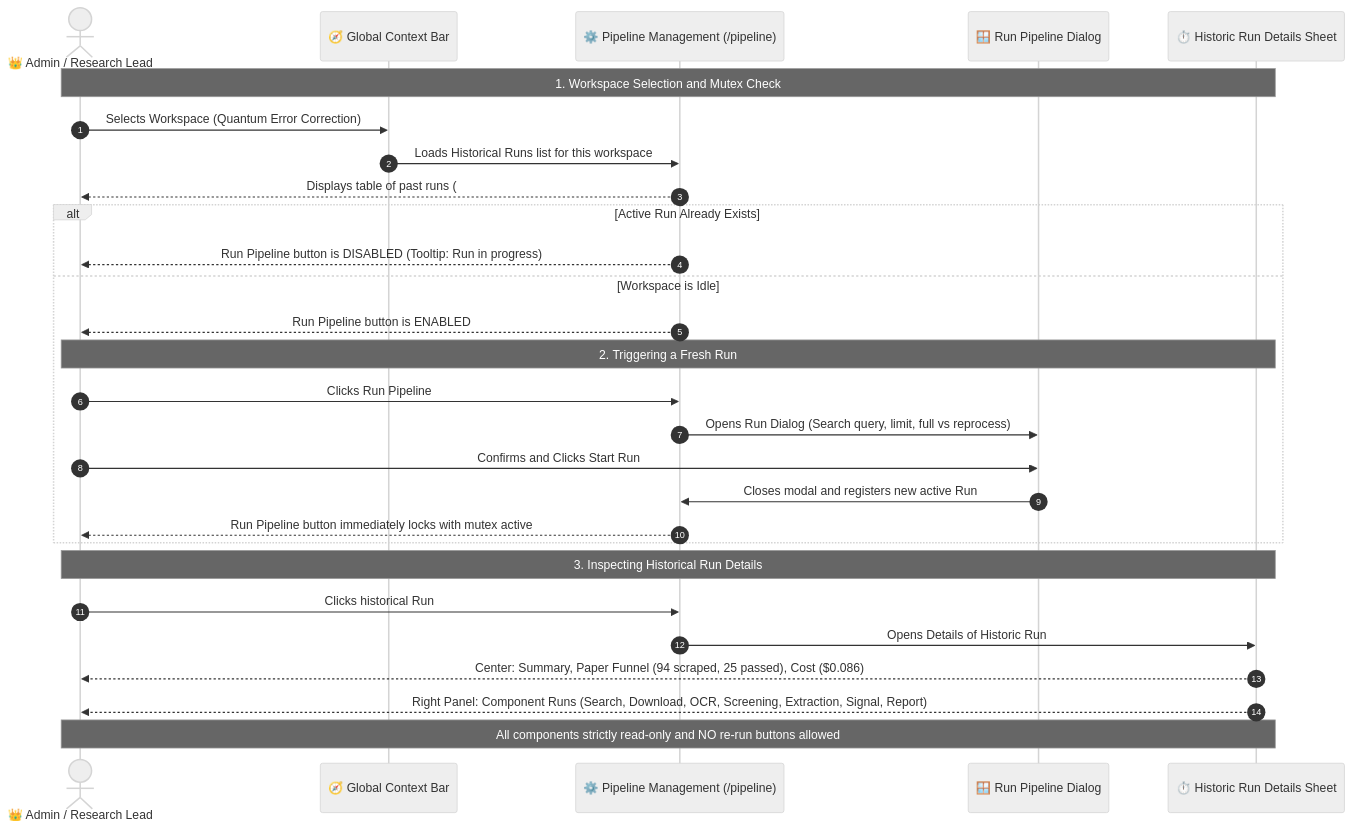
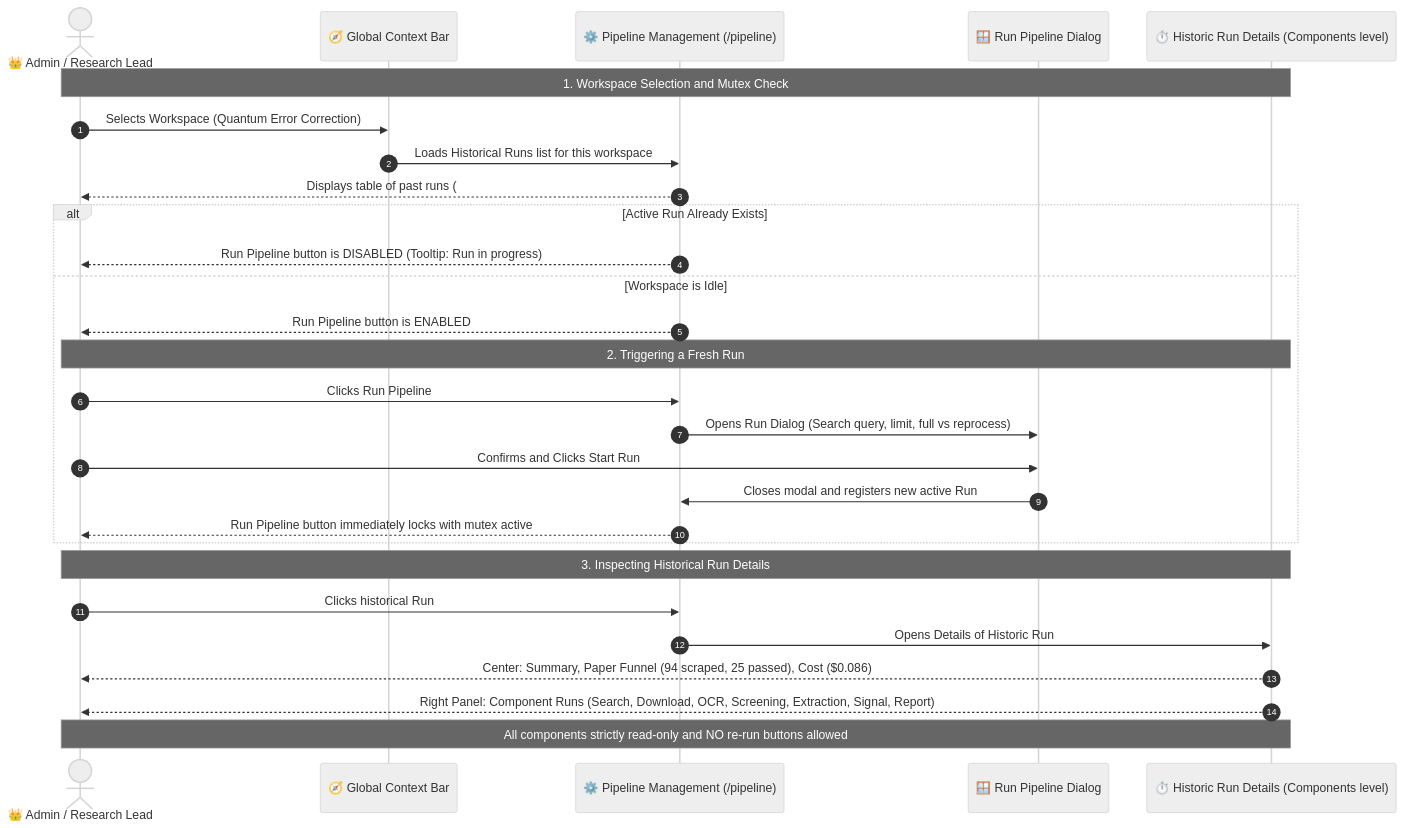
The fourth of 6 diagrams in docs/user_journeys/stage_2_user_journeys.md (p4ku/research-intelligence), drawn with Mermaid (neutral theme) before and after one commit. The commit also changed other lines of this file, not shown here.

Commit message:
docs: rename RunDetails to 'Historic Run Details (Components level)'

````diff
--- a/docs/user_journeys/stage_2_user_journeys.md
+++ b/docs/user_journeys/stage_2_user_journeys.md
@@ -261,34 +261,34 @@
 ```mermaid
 sequenceDiagram
     autonumber
     actor Admin as 👑 Admin / Research Lead
     participant TopBar as 🧭 Global Context Bar
     participant PipelinePage as ⚙️ Pipeline Management (/pipeline)
     participant Modal as 🪟 Run Pipeline Dialog
-    participant RunDetails as ⏱️ Historic Run Details Sheet
+    participant RunDetails as ⏱️ Historic Run Details (Components level)
 
     Note over Admin,RunDetails: 1. Workspace Selection and Mutex Check
     Admin->>TopBar: Selects Workspace (Quantum Error Correction)
     TopBar->>PipelinePage: Loads Historical Runs list for this workspace
     PipelinePage-->>Admin: Displays table of past runs (#14, #13, #12) with statuses
 
     alt Active Run Already Exists
         PipelinePage-->>Admin: Run Pipeline button is DISABLED (Tooltip: Run in progress)
     else Workspace is Idle
         PipelinePage-->>Admin: Run Pipeline button is ENABLED
 
         Note over Admin,RunDetails: 2. Triggering a Fresh Run
         Admin->>PipelinePage: Clicks Run Pipeline
         PipelinePage->>Modal: Opens Run Dialog (Search query, limit, full vs reprocess)
         Admin->>Modal: Confirms and Clicks Start Run
         Modal->>PipelinePage: Closes modal and registers new active Run #15
         PipelinePage-->>Admin: Run Pipeline button immediately locks with mutex active
     end
 
     Note over Admin,RunDetails: 3. Inspecting Historical Run Details
     Admin->>PipelinePage: Clicks historical Run #14
     PipelinePage->>RunDetails: Opens Details of Historic Run
     RunDetails-->>Admin: Center: Summary, Paper Funnel (94 scraped, 25 passed), Cost ($0.086)
     RunDetails-->>Admin: Right Panel: Component Runs (Search, Download, OCR, Screening, Extraction, Signal, Report)
     Note over Admin,RunDetails: All components strictly read-only and NO re-run buttons allowed
 ```
````
